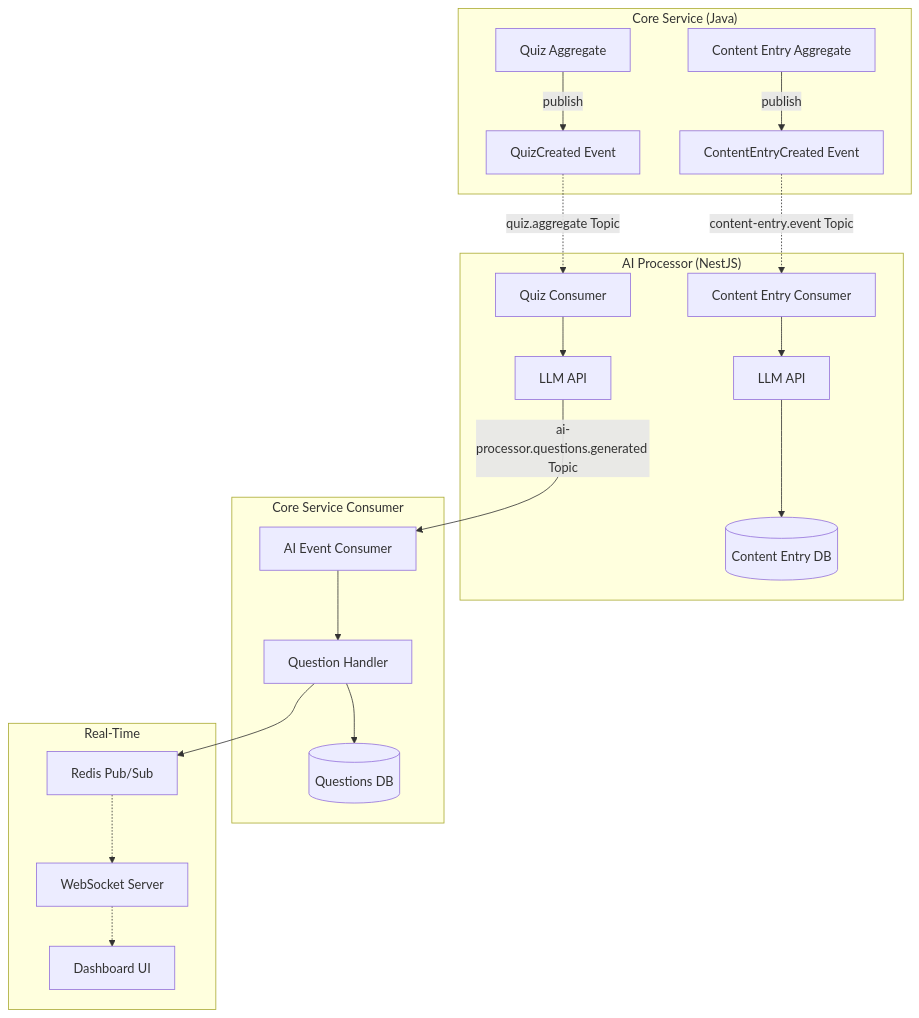
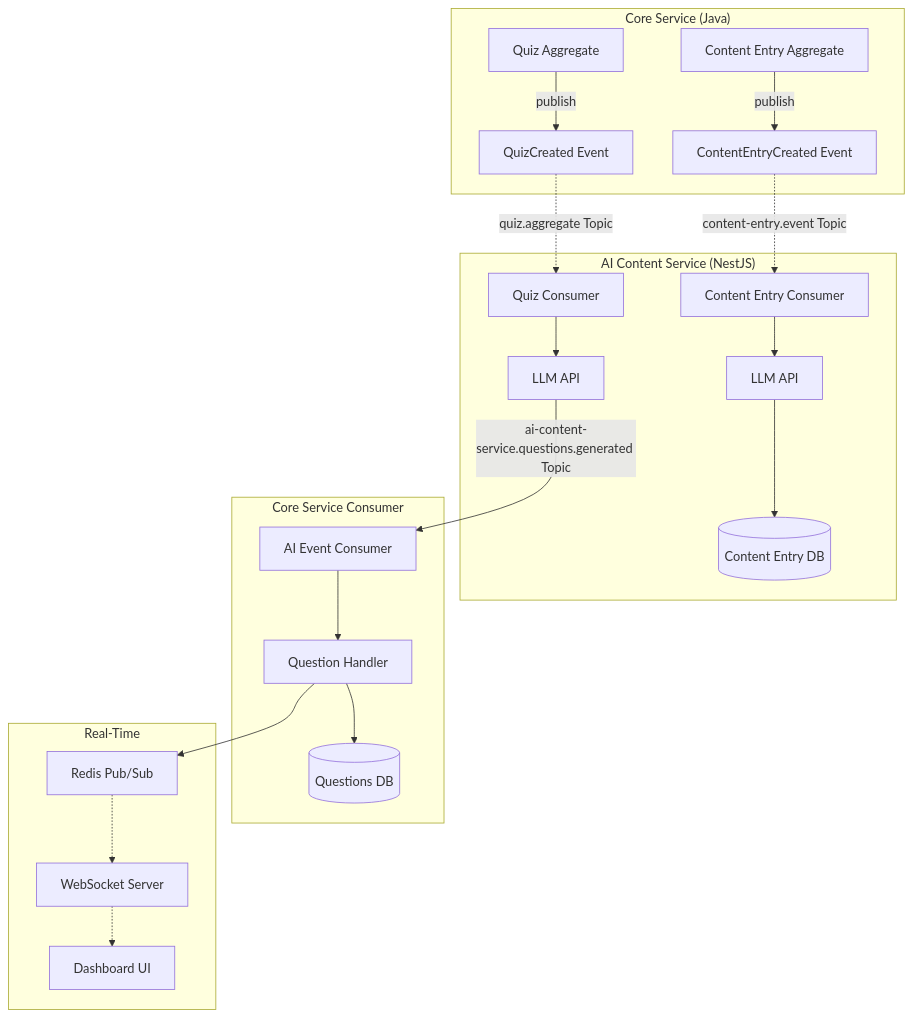
The third of 3 diagrams in README.md (rafaesc/snippetquiz), drawn with Mermaid before and after one commit. The commit also changed 84 other files, not shown here.

Commit message:
feat: Rename ai-content-service microservice

````diff
--- a/README.md
+++ b/README.md
@@ -120,52 +120,52 @@
 ```mermaid
 flowchart TD
   subgraph CoreService["Core Service (Java)"]
     QUIZ[Quiz Aggregate]
     CEA[Content Entry Aggregate]
     QEVT[QuizCreated Event]
     CEAEV[ContentEntryCreated Event]
   end
 
-  subgraph AIProcessor["AI Processor (NestJS)"]
+  subgraph AIContentService["AI Content Service (NestJS)"]
     QCONS[Quiz Consumer]
     CCONS[Content Entry Consumer]
     LLM1[LLM API]
     LLM2[LLM API]
     CESTORE[(Content Entry DB)]
   end
 
 
   subgraph CoreConsumer["Core Service Consumer "]
     AICONS[AI Event Consumer]
     QHANDLER[Question Handler]
     QSTORE[(Questions DB)]
   end
 
   subgraph RealTime["Real-Time"]
     REDIS[Redis Pub/Sub]
     WS[WebSocket Server]
     UI[Dashboard UI]
   end
 
   %% Quiz Creation Flow
   QUIZ -->|publish| QEVT
   CEA -->|publish| CEAEV
   QEVT -.->|quiz.aggregate Topic| QCONS
   CEAEV -.->|content-entry.event Topic| CCONS
 
   %% AI Processing
   QCONS -->LLM1
   CCONS -->LLM2
   LLM2 -->CESTORE
-  LLM1 -->|ai-processor.questions.generated Topic|AICONS
+  LLM1 -->|ai-content-service.questions.generated Topic|AICONS
   
 
   %% Publish Results
   AICONS --> QHANDLER
   QHANDLER --> QSTORE
 
   %% Progress Updates
   QHANDLER -->REDIS
   REDIS -.-> WS
   WS -.-> UI
 ```
````
